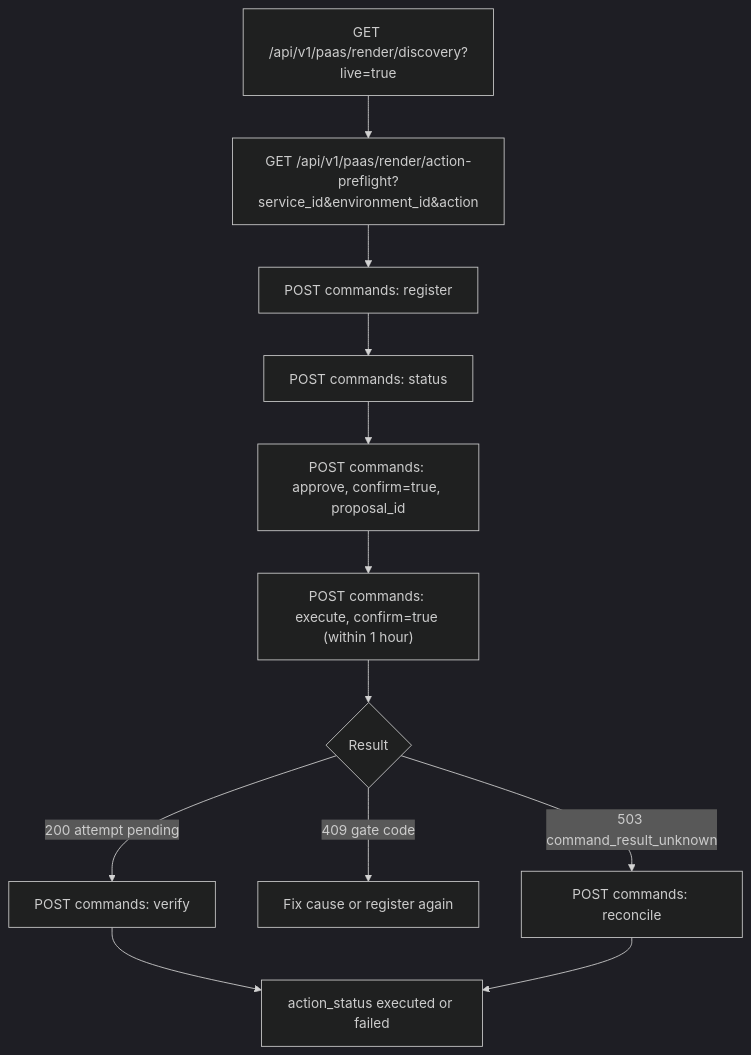
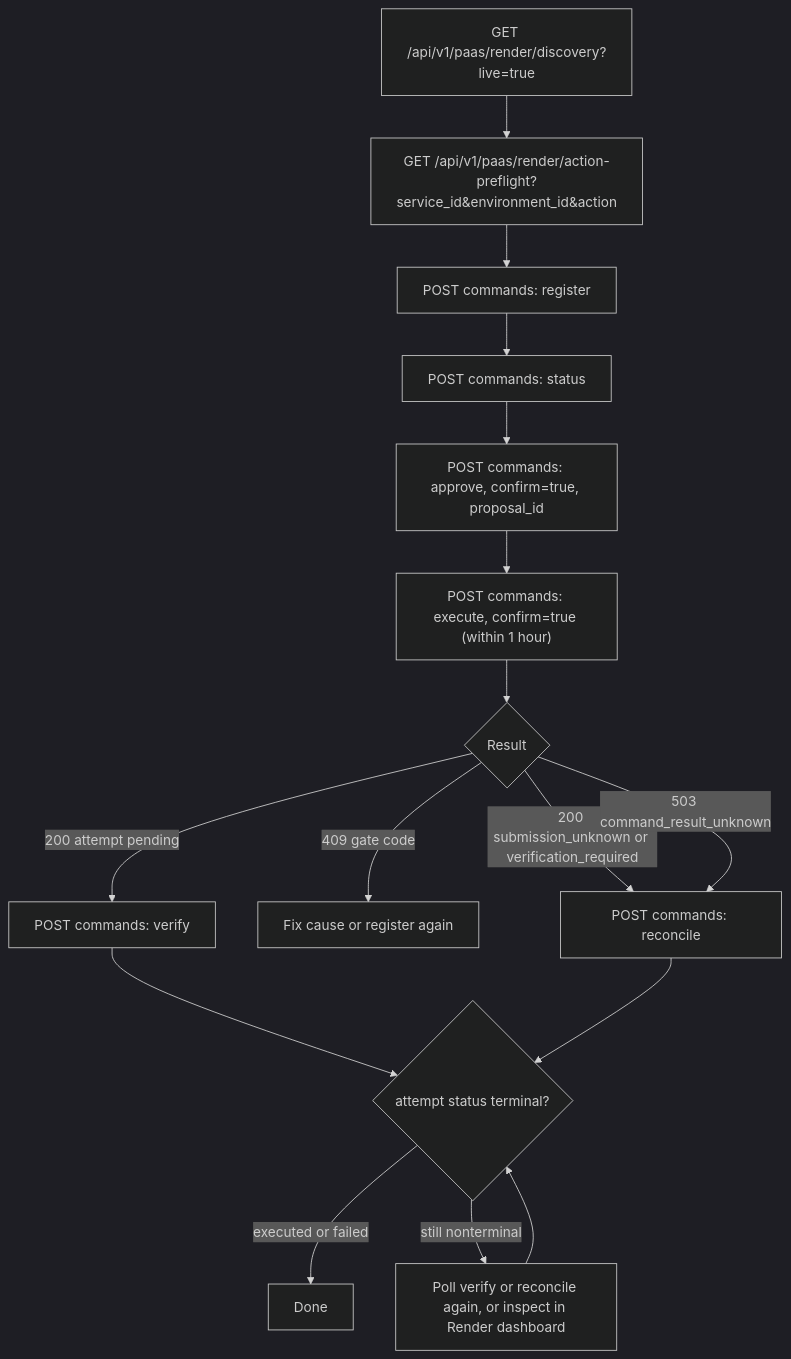
Before and after one commit to bookchaowalit/platform-cloud-api: the second of 3 diagrams in docs/diagrams/03-user-flows.md, drawn with Mermaid (dark theme).

Commit message:
docs: route nonterminal cloud execute results to reconcile and polling

````diff
--- a/docs/diagrams/03-user-flows.md
+++ b/docs/diagrams/03-user-flows.md
@@ -28,14 +28,18 @@
 ```mermaid
 flowchart TD
   D["GET /api/v1/paas/render/discovery?live=true"] --> PF["GET /api/v1/paas/render/action-preflight?service_id&environment_id&action"]
   PF --> REG["POST commands: register"]
   REG --> ST["POST commands: status"]
   ST --> AP["POST commands: approve, confirm=true, proposal_id"]
   AP --> EX["POST commands: execute, confirm=true (within 1 hour)"]
   EX --> R{"Result"}
   R -->|"200 attempt pending"| VE["POST commands: verify"]
   R -->|"409 gate code"| FIX["Fix cause or register again"]
+  R -->|"200 submission_unknown or verification_required"| RC
   R -->|"503 command_result_unknown"| RC["POST commands: reconcile"]
-  VE --> DONE["action_status executed or failed"]
-  RC --> DONE
+  VE --> T{"attempt status terminal?"}
+  RC --> T
+  T -->|"executed or failed"| DONE["Done"]
+  T -->|"still nonterminal"| POLL["Poll verify or reconcile again, or inspect in Render dashboard"]
+  POLL --> T
 ```
````
